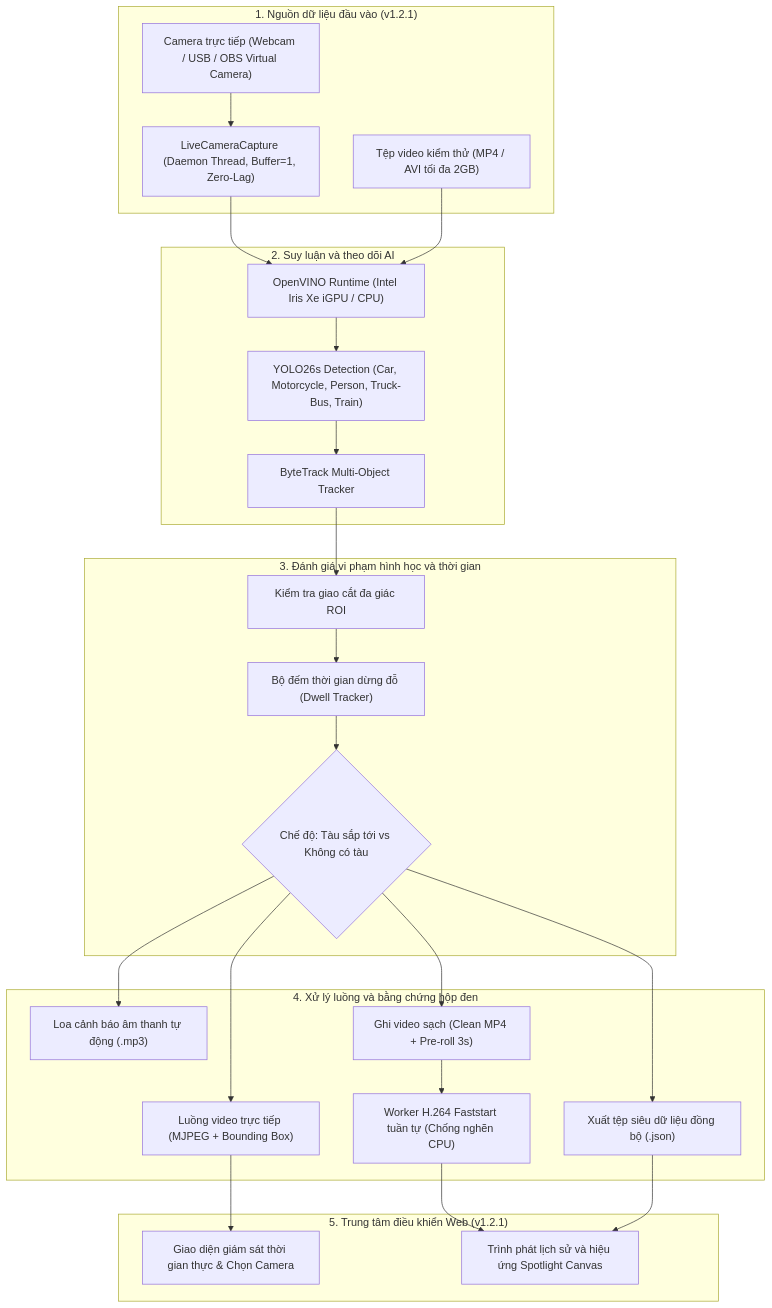
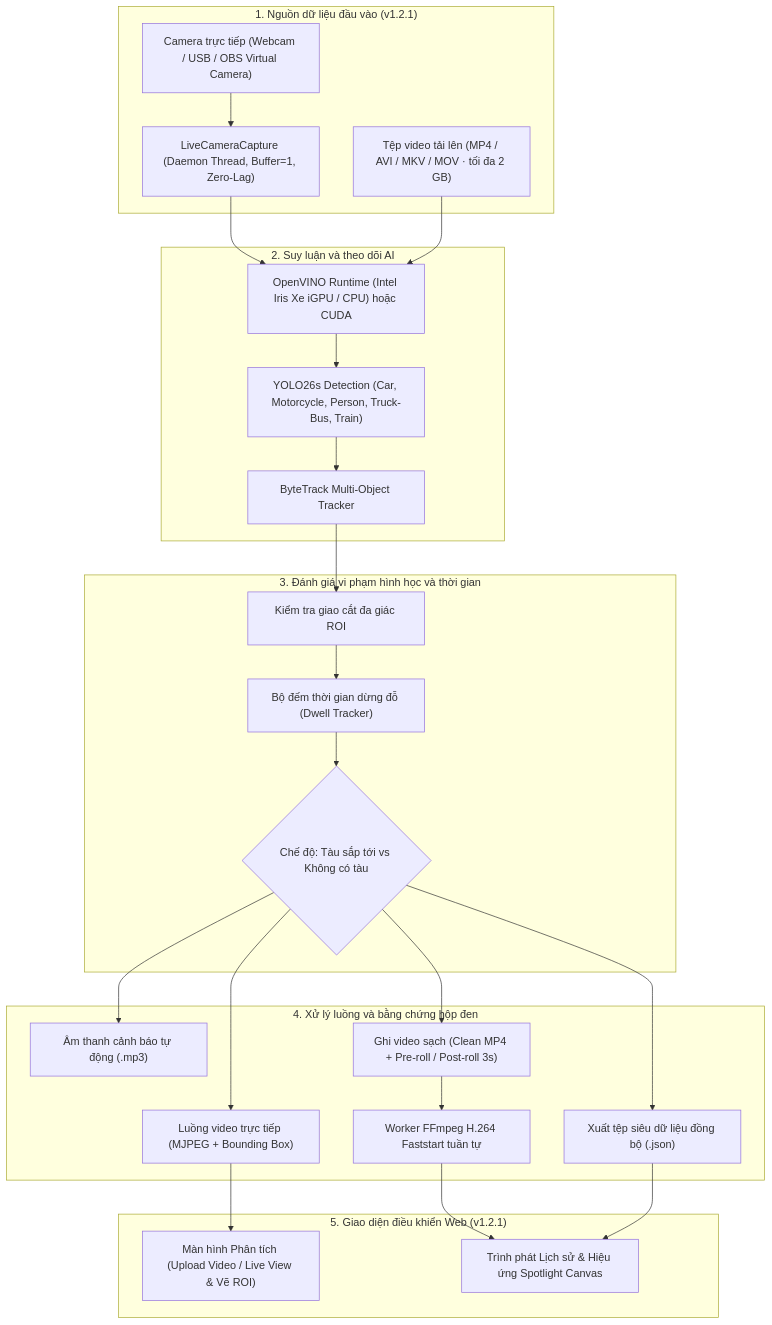
The diagram in README.md (LamTDHE186036/Application-of-Computer-Vision-in-Railway-Safety-Surveillance-and-Intrusion-Detection), drawn with Mermaid before and after one commit. The commit also changed other lines of this file and 5 other files, not shown here.

````diff
--- a/README.md
+++ b/README.md
@@ -99,50 +99,50 @@
 ```mermaid
 flowchart TD
     subgraph INPUT ["1. Nguồn dữ liệu đầu vào (v1.2.1)"]
         CAM["Camera trực tiếp (Webcam / USB / OBS Virtual Camera)"]
-        FILE["Tệp video kiểm thử (MP4 / AVI tối đa 2GB)"]
+        FILE["Tệp video tải lên (MP4 / AVI / MKV / MOV · tối đa 2 GB)"]
         CAP["LiveCameraCapture (Daemon Thread, Buffer=1, Zero-Lag)"]
     end
 
     subgraph INFERENCE ["2. Suy luận và theo dõi AI"]
-        OV["OpenVINO Runtime (Intel Iris Xe iGPU / CPU)"]
+        OV["OpenVINO Runtime (Intel Iris Xe iGPU / CPU) hoặc CUDA"]
         YOLO["YOLO26s Detection (Car, Motorcycle, Person, Truck-Bus, Train)"]
         BT["ByteTrack Multi-Object Tracker"]
     end
 
     subgraph EVALUATION ["3. Đánh giá vi phạm hình học và thời gian"]
         ROI["Kiểm tra giao cắt đa giác ROI"]
         DWELL["Bộ đếm thời gian dừng đỗ (Dwell Tracker)"]
         MODE{"Chế độ: Tàu sắp tới vs Không có tàu"}
     end
 
     subgraph OUTPUT ["4. Xử lý luồng và bằng chứng hộp đen"]
         STREAM["Luồng video trực tiếp (MJPEG + Bounding Box)"]
-        AUDIO["Loa cảnh báo âm thanh tự động (.mp3)"]
-        REC["Ghi video sạch (Clean MP4 + Pre-roll 3s)"]
+        AUDIO["Âm thanh cảnh báo tự động (.mp3)"]
+        REC["Ghi video sạch (Clean MP4 + Pre-roll / Post-roll 3s)"]
         META["Xuất tệp siêu dữ liệu đồng bộ (.json)"]
-        FFMPEG["Worker H.264 Faststart tuần tự (Chống nghẽn CPU)"]
+        FFMPEG["Worker FFmpeg H.264 Faststart tuần tự"]
     end
 
-    subgraph DASHBOARD ["5. Trung tâm điều khiển Web (v1.2.1)"]
-        LIVE_VIEW["Giao diện giám sát thời gian thực & Chọn Camera"]
-        HIST_VIEW["Trình phát lịch sử và hiệu ứng Spotlight Canvas"]
+    subgraph DASHBOARD ["5. Giao diện điều khiển Web (v1.2.1)"]
+        LIVE_VIEW["Màn hình Phân tích (Upload Video / Live View & Vẽ ROI)"]
+        HIST_VIEW["Trình phát Lịch sử & Hiệu ứng Spotlight Canvas"]
     end
 
     CAM --> CAP
     CAP --> OV
     FILE --> OV
     OV --> YOLO
     YOLO --> BT
     BT --> ROI
     ROI --> DWELL
     DWELL --> MODE
     MODE --> STREAM
     MODE --> AUDIO
     MODE --> REC
     MODE --> META
     REC --> FFMPEG
     STREAM --> LIVE_VIEW
     FFMPEG --> HIST_VIEW
     META --> HIST_VIEW
 ```
````
